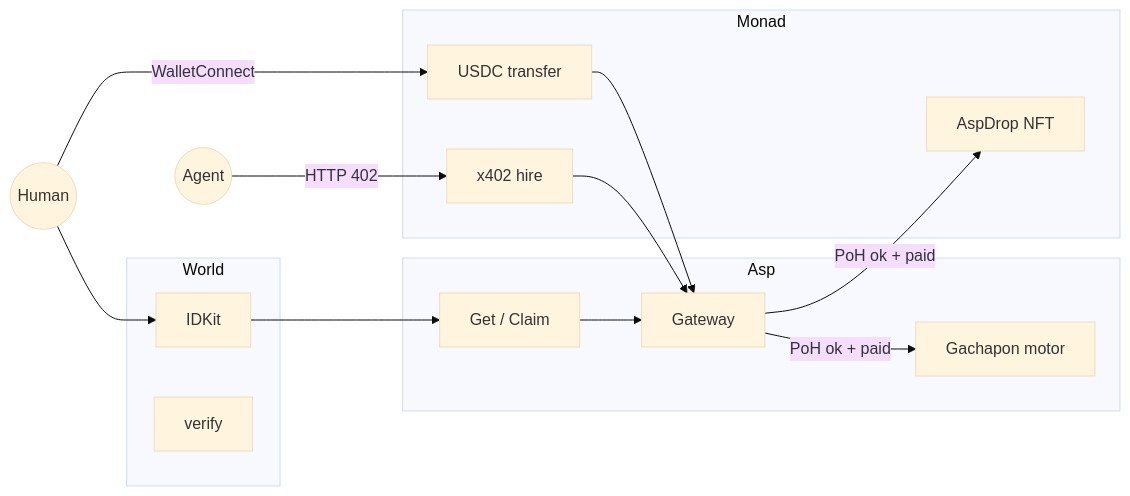
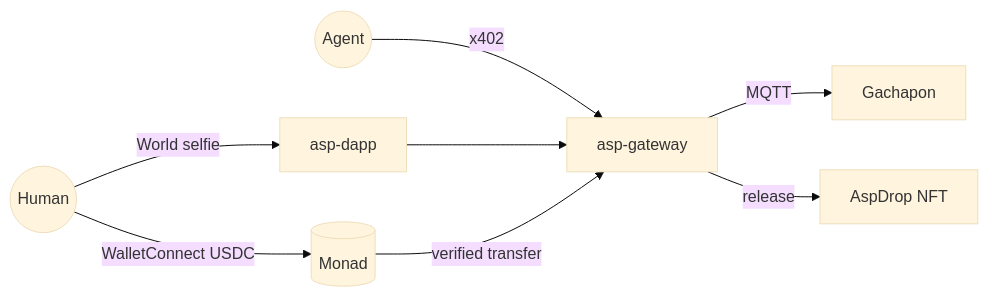
One commit to altaga/Asp changed the diagram in README.md. Above: the diagram before and after it, drawn with Mermaid (base theme). The commit also changed other lines of this file and 1 other file, not shown here.

Commit message:
README goes on a diet: pitch, screens and one diagram up front, the deep dive moves to TECHNICAL.md

````diff
--- a/README.md
+++ b/README.md
@@ -69,25 +66,10 @@
 ```mermaid
 flowchart LR
-  subgraph World["World"]
-    IDKit[IDKit]
-    Portal[verify]
-  end
-
-  subgraph Asp["Asp"]
-    Dapp["Get / Claim"]
-    GW[Gateway]
-    Dev[Gachapon motor]
-  end
-
-  subgraph Monad["Monad"]
-    USDC[USDC transfer]
-    X402[x402 hire]
-    Drop[AspDrop NFT]
-  end
-
-  Human((Human)) --> IDKit --> Dapp --> GW
-  Human -->|WalletConnect| USDC --> GW
-  Agent((Agent)) -->|HTTP 402| X402 --> GW
-  GW -->|PoH ok + paid| Dev
-  GW -->|PoH ok + paid| Drop
+  Human((Human)) -->|World selfie| Dapp[asp-dapp]
+  Human -->|WalletConnect USDC| Monad[(Monad)]
+  Agent((Agent)) -->|x402| GW
+  Dapp --> GW[asp-gateway]
+  Monad -->|verified transfer| GW
+  GW -->|MQTT| Motor[Gachapon]
+  GW -->|release| Drop[AspDrop NFT]
 ```
````
